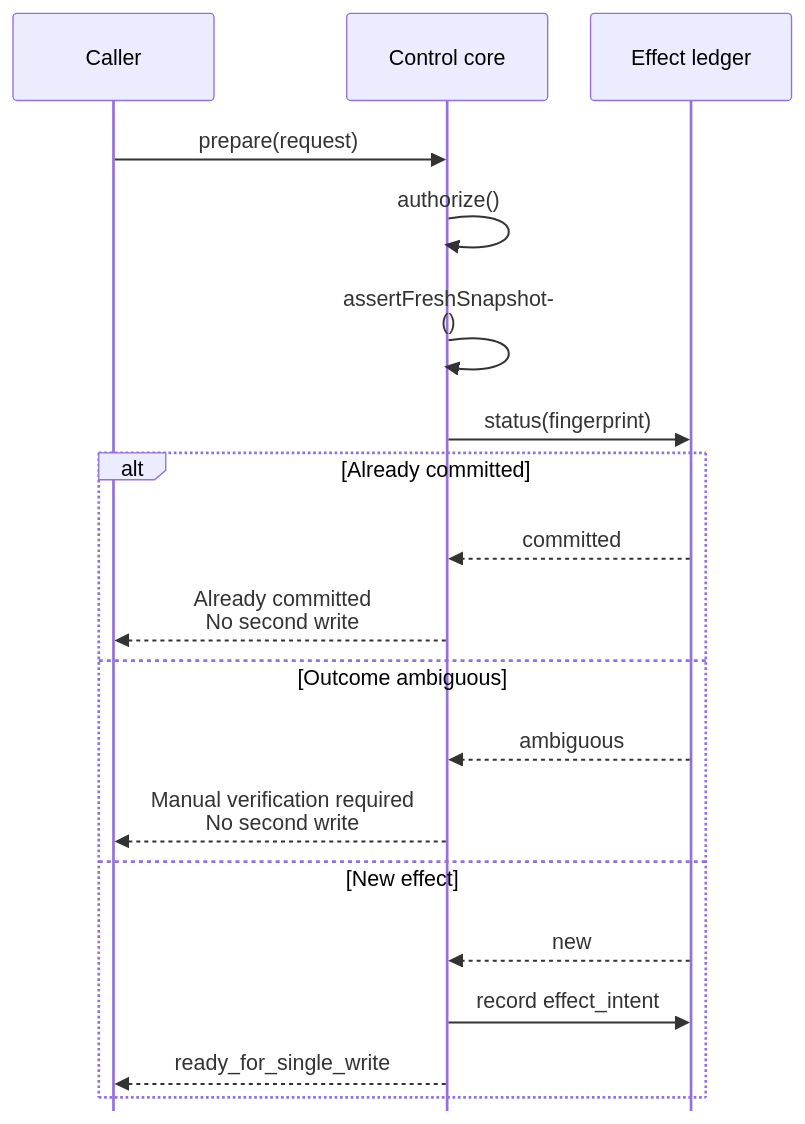
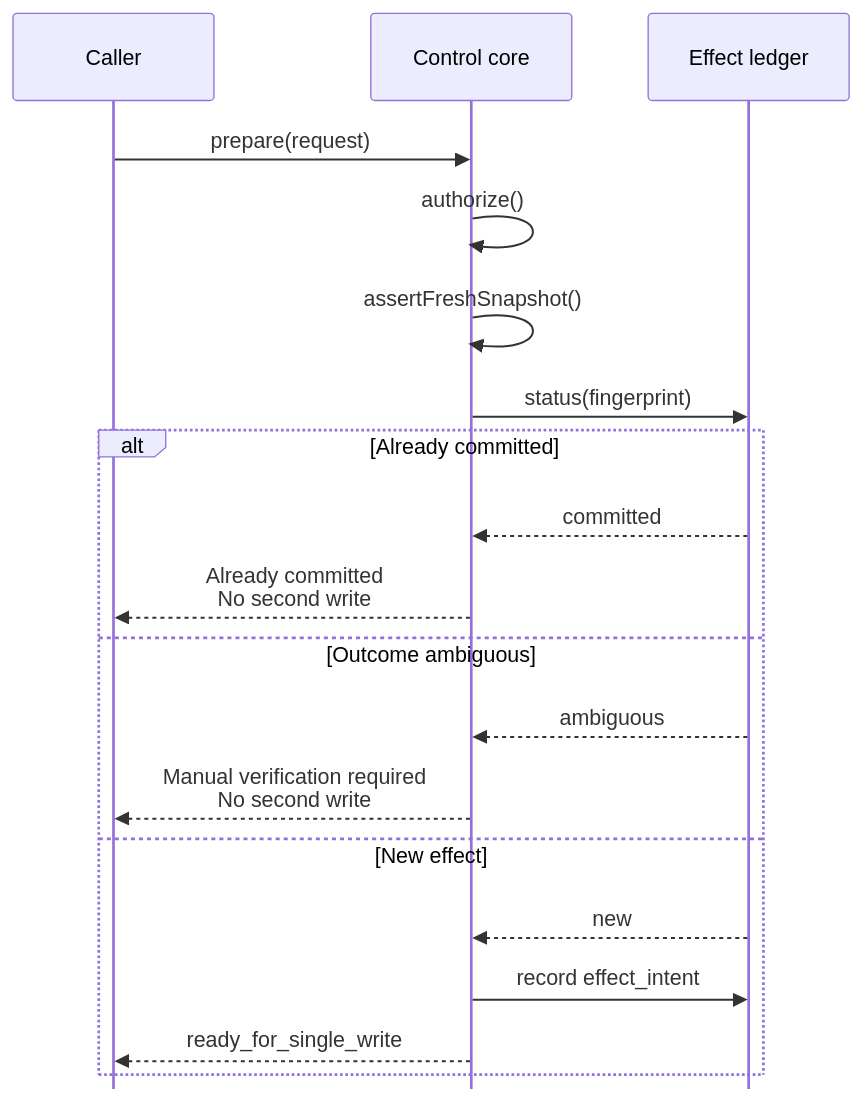
One commit to Niyam-Paneru/attended-browser-bridge changed the first of 2 diagrams in README.md. Above: the diagram before and after it, drawn with Mermaid. The commit also changed other lines of this file, not shown here.

Commit message:
Keep sequence function labels unbroken

````diff
--- a/README.md
+++ b/README.md
@@ -13,31 +13,31 @@
 ```mermaid
 ---
 config:
   sequence:
-    actorMargin: 32
+    actorMargin: 50
     messageMargin: 28
     mirrorActors: false
-    wrap: true
+    wrap: false
 ---
 sequenceDiagram
     accTitle: Prepare and reserve the browser effect
     accDescr: Sequence for prepare and reserve the browser effect.
     participant Caller
     participant Core as Control core
     participant Ledger as Effect ledger
     Caller->>Core: prepare(request)
     Core->>Core: authorize()
     Core->>Core: assertFreshSnapshot()
     Core->>Ledger: status(fingerprint)
     alt Already committed
         Ledger-->>Core: committed
         Core-->>Caller: Already committed<br/>No second write
     else Outcome ambiguous
         Ledger-->>Core: ambiguous
         Core-->>Caller: Manual verification required<br/>No second write
     else New effect
         Ledger-->>Core: new
         Core->>Ledger: record effect_intent
         Core-->>Caller: ready_for_single_write
     end
 ```
````
